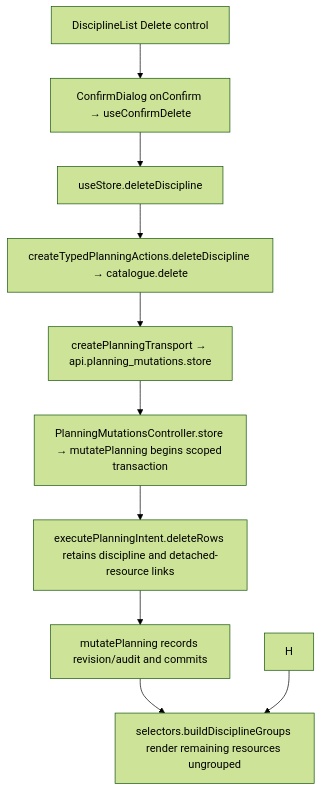
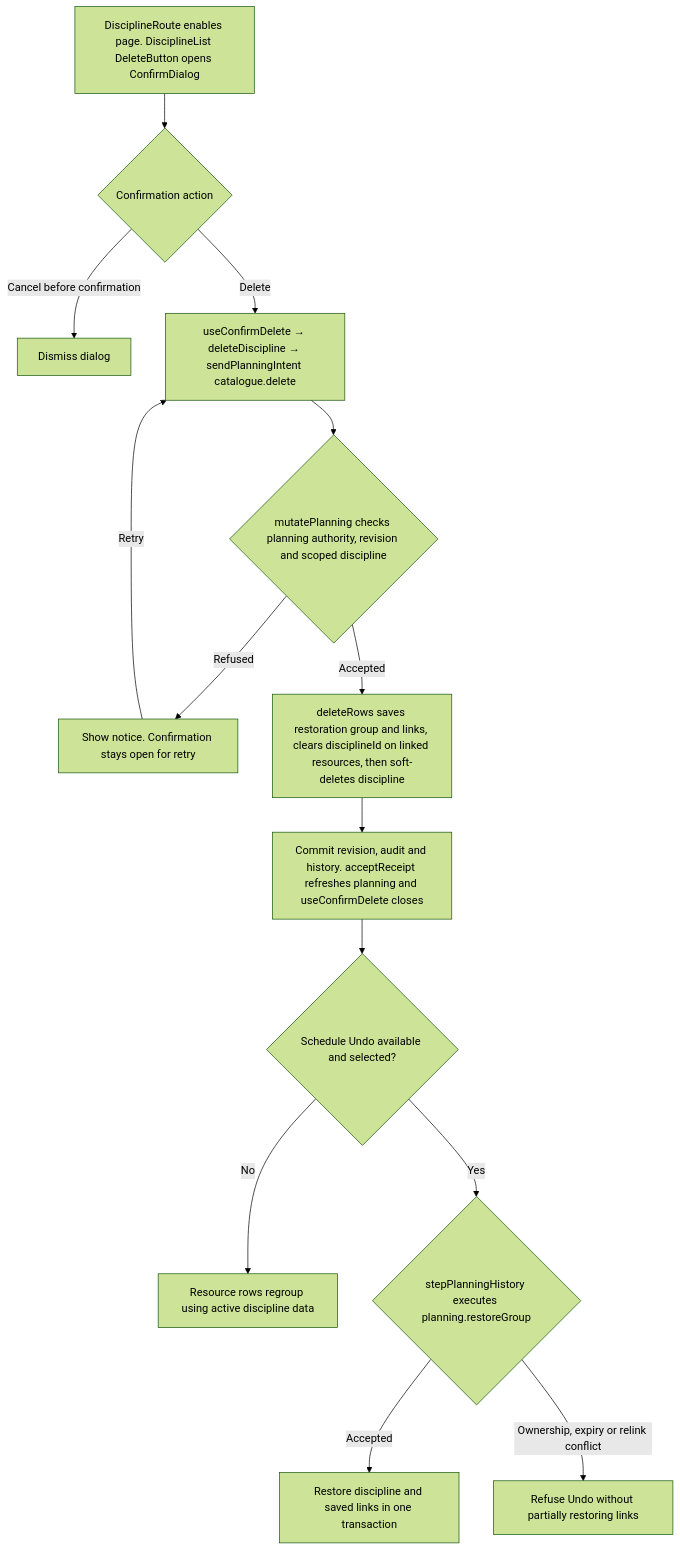
One commit to Kevinjohn/capacitylens changed the second of 2 diagrams in user-stories/disciplines/US-DIS-03-delete-discipline-ungroups.md. Above: the diagram before and after it, drawn with Mermaid (forest theme). The commit also changed other lines of this file and 172 other files, not shown here.

Commit message:
docs: reconcile user story code flows with source

````diff
--- a/user-stories/disciplines/US-DIS-03-delete-discipline-ungroups.md
+++ b/user-stories/disciplines/US-DIS-03-delete-discipline-ungroups.md
@@ -28,8 +28,16 @@
 ```mermaid
 flowchart TD
-  A["DisciplineList Delete control"] --> B["ConfirmDialog onConfirm → useConfirmDelete"] --> C["useStore.deleteDiscipline"]
-  C --> D["createTypedPlanningActions.deleteDiscipline → catalogue.delete"] --> E["createPlanningTransport → api.planning_mutations.store"]
-  E --> F["PlanningMutationsController.store → mutatePlanning begins scoped transaction"] --> G["executePlanningIntent.deleteRows retains discipline and detached-resource links"] --> K["mutatePlanning records revision/audit and commits"]
-  K --> I["selectors.buildDisciplineGroups render remaining resources ungrouped"]
-  H --> I
+  PAGE["DisciplineRoute enables page. DisciplineList DeleteButton opens ConfirmDialog"] --> CHOICE{"Confirmation action"}
+  CHOICE -->|Cancel before confirmation| CLOSE["Dismiss dialog"]
+  CHOICE -->|Delete| SEND["useConfirmDelete → deleteDiscipline → sendPlanningIntent catalogue.delete"]
+  SEND --> SERVER{"mutatePlanning checks planning authority, revision and scoped discipline"}
+  SERVER -->|Refused| ERROR["Show notice. Confirmation stays open for retry"]
+  ERROR -->|Retry| SEND
+  SERVER -->|Accepted| DELETE["deleteRows saves restoration group and links, clears disciplineId on linked resources, then soft-deletes discipline"]
+  DELETE --> COMMIT["Commit revision, audit and history. acceptReceipt refreshes planning and useConfirmDelete closes"]
+  COMMIT --> UNDO{"Schedule Undo available and selected?"}
+  UNDO -->|No| LIST["Resource rows regroup using active discipline data"]
+  UNDO -->|Yes| RESTORE{"stepPlanningHistory executes planning.restoreGroup"}
+  RESTORE -->|Accepted| JOIN["Restore discipline and saved links in one transaction"]
+  RESTORE -->|Ownership, expiry or relink conflict| REFUSE["Refuse Undo without partially restoring links"]
 ```
````
